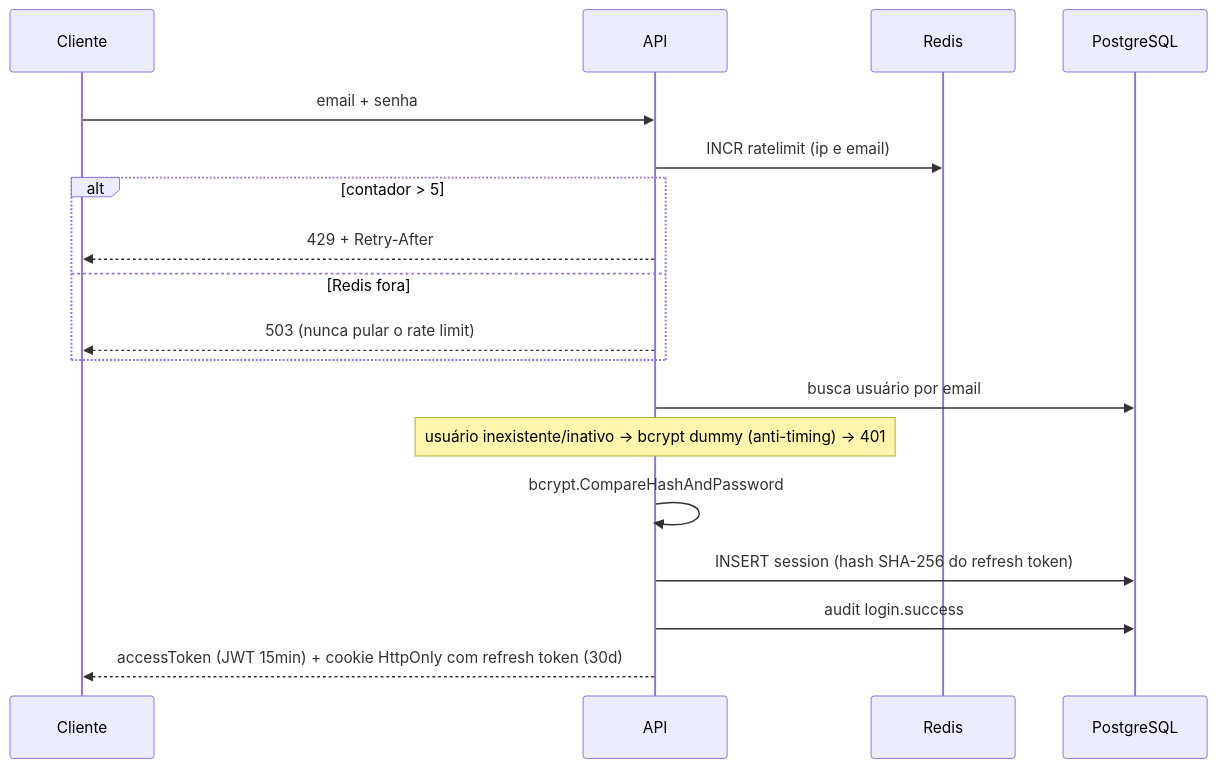
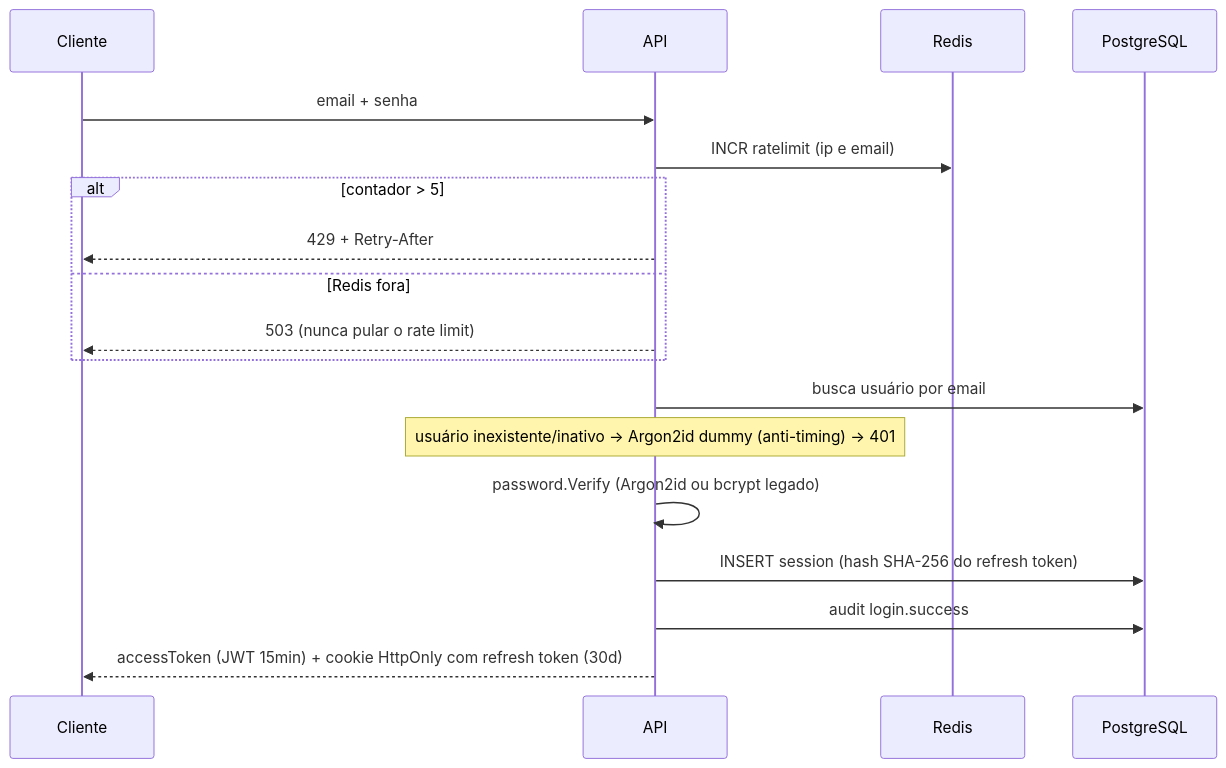
One commit to MarcusXavier1357/secure-auth-platform changed the second of 2 diagrams in docs/backend.md. Above: the diagram before and after it, drawn with Mermaid. The commit also changed other lines of this file and 20 other files, not shown here.

Commit message:
Enhance authentication and security features: migrate password hashing to Argon2id, implement GeoIP-based impossible travel detection, and improve rate limiting with detailed logging. Update environment variables and documentation to reflect new configurations and security measures.

````diff
--- a/docs/backend.md
+++ b/docs/backend.md
@@ -39,21 +39,21 @@
 ```mermaid
 sequenceDiagram
     participant C as Cliente
     participant A as API
     participant R as Redis
     participant P as PostgreSQL
 
     C->>A: email + senha
     A->>R: INCR ratelimit (ip e email)
     alt contador > 5
         A-->>C: 429 + Retry-After
     else Redis fora
         A-->>C: 503 (nunca pular o rate limit)
     end
     A->>P: busca usuário por email
-    Note over A: usuário inexistente/inativo → bcrypt dummy (anti-timing) → 401
-    A->>A: bcrypt.CompareHashAndPassword
+    Note over A: usuário inexistente/inativo → Argon2id dummy (anti-timing) → 401
+    A->>A: password.Verify (Argon2id ou bcrypt legado)
     A->>P: INSERT session (hash SHA-256 do refresh token)
     A->>P: audit login.success
     A-->>C: accessToken (JWT 15min) + cookie HttpOnly com refresh token (30d)
 ```
````
